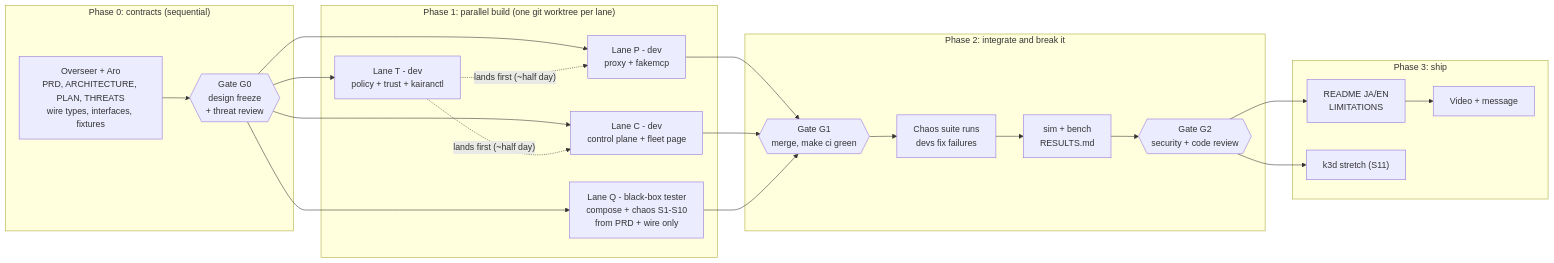
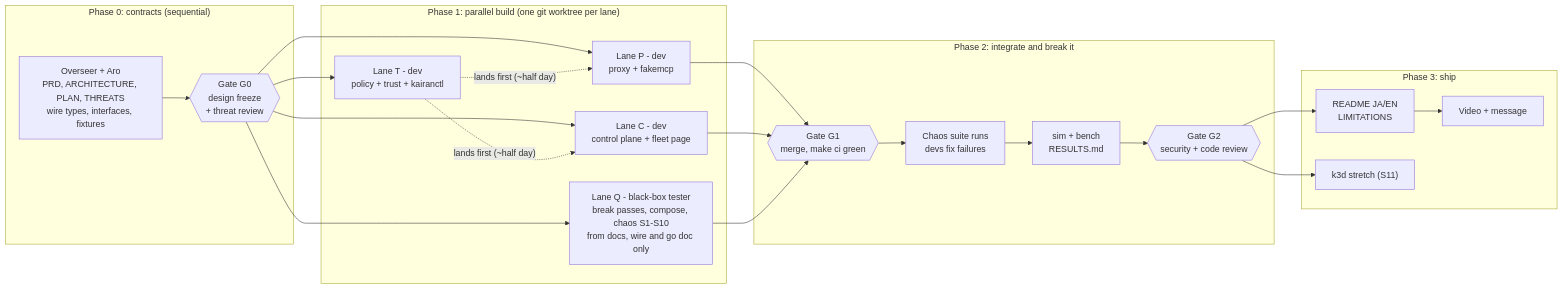
One commit to thisizaro/Kairan changed the eighth of 8 diagrams in docs/ARCHITECTURE.md. Above: the diagram before and after it, drawn with Mermaid. The commit also changed other lines of this file and 2 other files, not shown here.

First line of the commit message:
docs(g0): apply G0 rulings, define chaos S1-S11

````diff
--- a/docs/ARCHITECTURE.md
+++ b/docs/ARCHITECTURE.md
@@ -249,35 +264,35 @@
 ```mermaid
 flowchart LR
     subgraph P0["Phase 0: contracts (sequential)"]
         C0["Overseer + Aro<br/>PRD, ARCHITECTURE, PLAN, THREATS<br/>wire types, interfaces, fixtures"]
         G0{{"Gate G0<br/>design freeze<br/>+ threat review"}}
         C0 --> G0
     end
 
     subgraph P1["Phase 1: parallel build (one git worktree per lane)"]
         LT["Lane T - dev<br/>policy + trust + kairanctl"]
         LP["Lane P - dev<br/>proxy + fakemcp"]
         LC["Lane C - dev<br/>control plane + fleet page"]
-        LQ["Lane Q - black-box tester<br/>compose + chaos S1-S10<br/>from PRD + wire only"]
+        LQ["Lane Q - black-box tester<br/>break passes, compose, chaos S1-S10<br/>from docs, wire and go doc only"]
     end
 
     subgraph P2["Phase 2: integrate and break it"]
         G1{{"Gate G1<br/>merge, make ci green"}}
         CH["Chaos suite runs<br/>devs fix failures"]
         BN["sim + bench<br/>RESULTS.md"]
         G2{{"Gate G2<br/>security + code review"}}
         G1 --> CH --> BN --> G2
     end
 
     subgraph P3["Phase 3: ship"]
         DOC["README JA/EN<br/>LIMITATIONS"]
         K3D["k3d stretch (S11)"]
         VID["Video + message"]
     end
 
     G0 --> LT & LP & LC & LQ
     LT -. "lands first (~half day)" .-> LP & LC
     LP & LC & LQ --> G1
     G2 --> DOC --> VID
     G2 --> K3D
 ```
````
